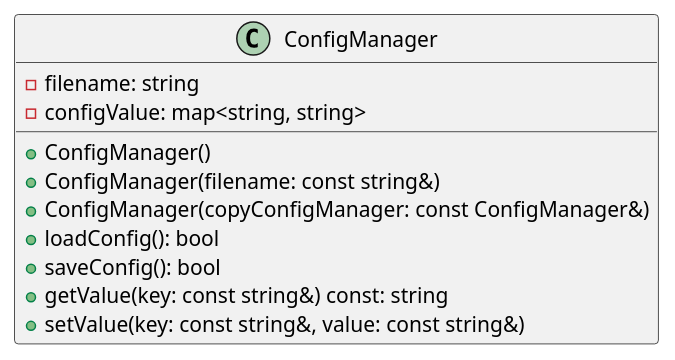
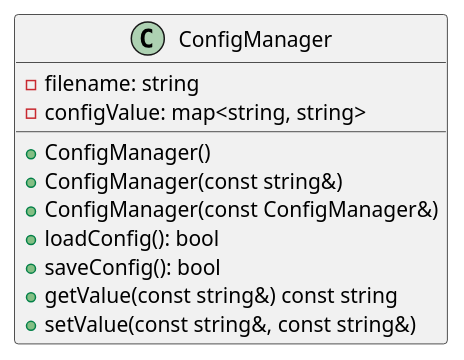
Before and after one commit to MHorsford/Galaga: the diagram in UML_Diagrams/configManage.puml, drawn with PlantUML. The commit also changed 26 other files, not shown here.

```diff
--- a/UML_Diagrams/configManage.puml
+++ b/UML_Diagrams/configManage.puml
@@ -1,13 +1,13 @@
 @startuml
 class ConfigManager {
     - filename: string
     - configValue: map<string, string>
     + ConfigManager()
-    + ConfigManager(filename: const string&)
-    + ConfigManager(copyConfigManager: const ConfigManager&)
+    + ConfigManager(const string&)
+    + ConfigManager(const ConfigManager&)
     + loadConfig(): bool
     + saveConfig(): bool
-    + getValue(key: const string&) const: string
-    + setValue(key: const string&, value: const string&)
+    + getValue(const string&) const string
+    + setValue(const string&, const string&)
 }
 @enduml
```
